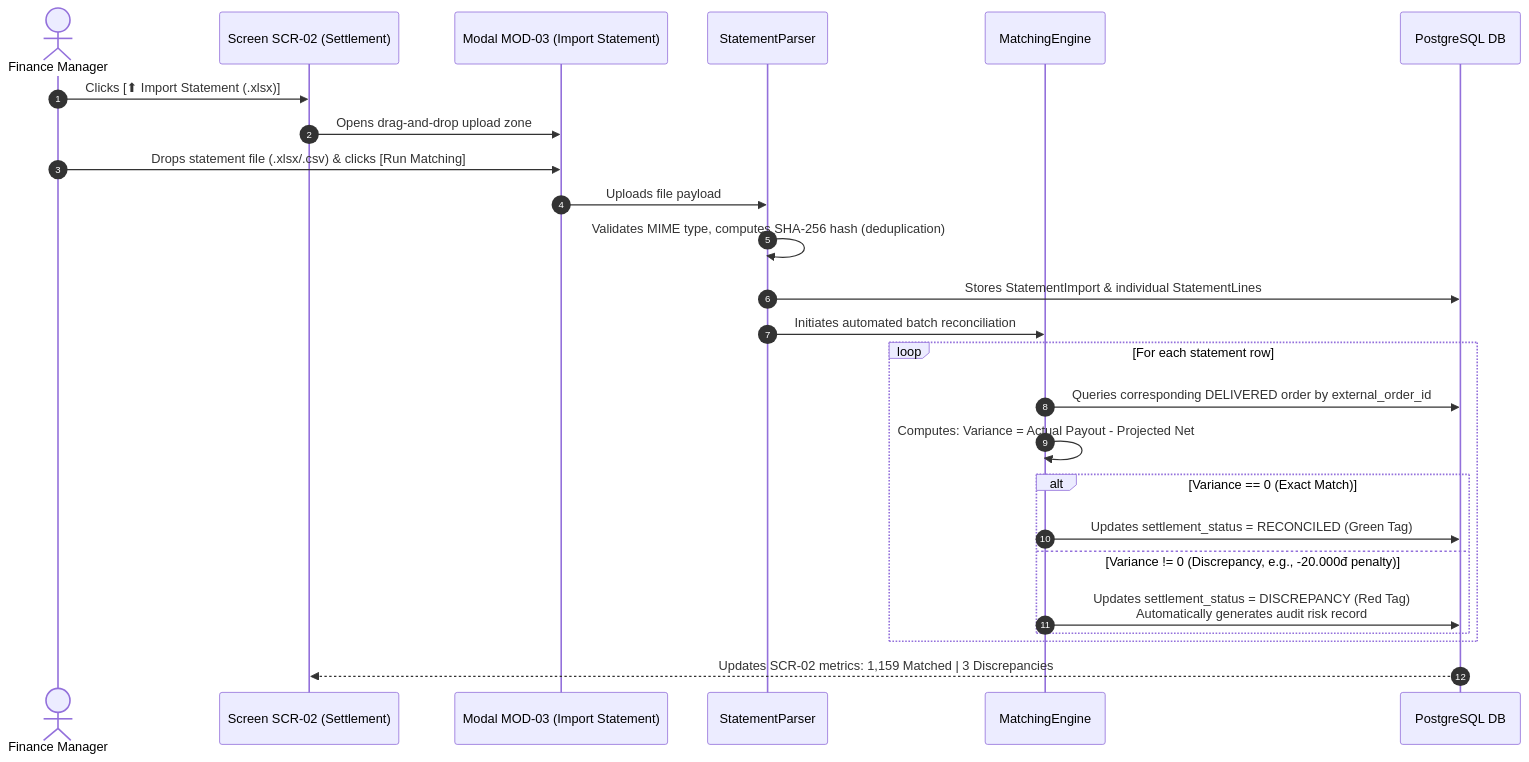
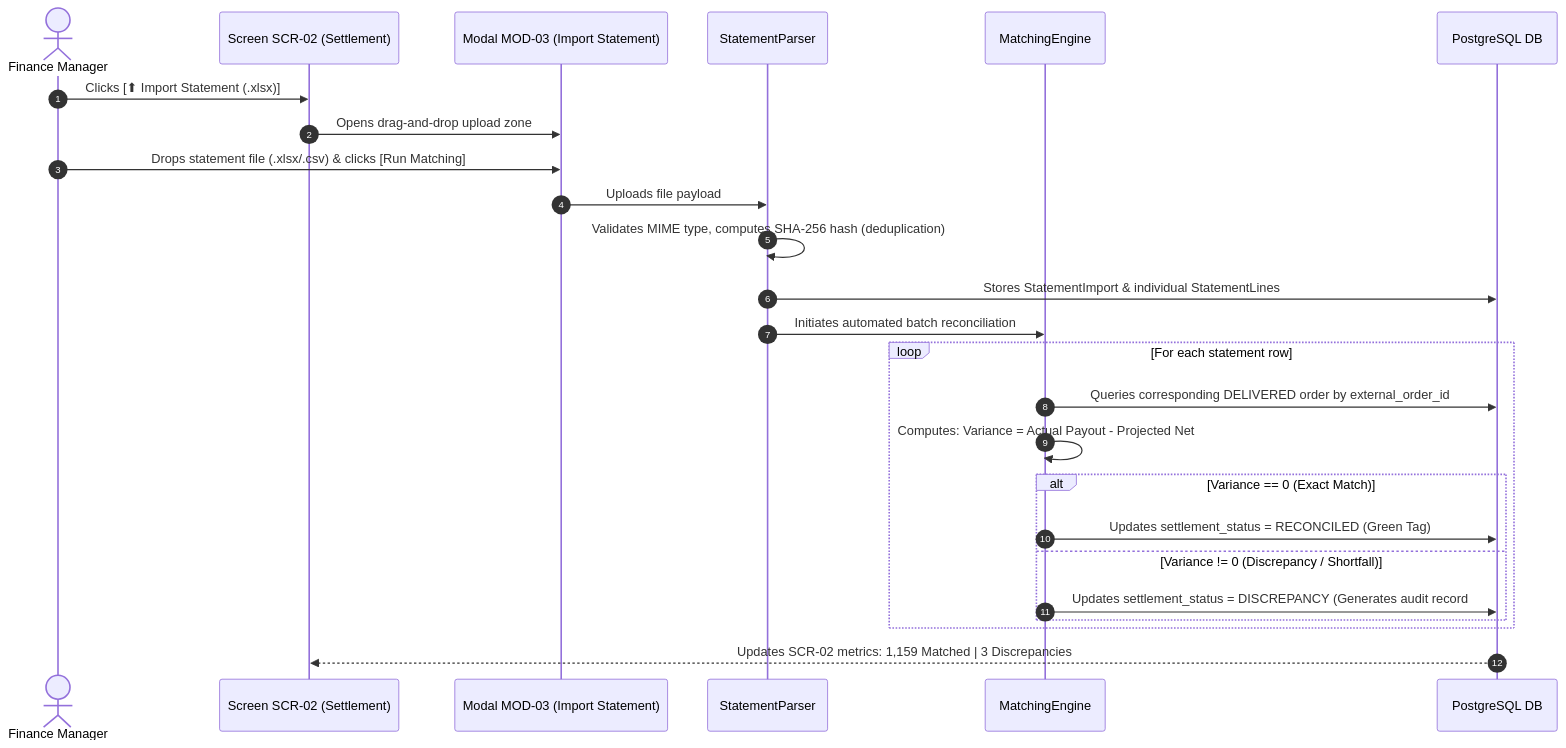
One commit to duchoa0405/Quanly_DoanhThu_LoiNhuan_DangDucHoa_VSF changed the fifth of 8 diagrams in docs/architecture/arc42_c4_en.md. Above: the diagram before and after it, drawn with Mermaid. The commit also changed other lines of this file, not shown here.

Commit message:
fix(architecture): fix Mermaid syntax errors in C4 Level 1 and Scenario 3 diagrams

````diff
--- a/docs/architecture/arc42_c4_en.md
+++ b/docs/architecture/arc42_c4_en.md
@@ -298,30 +298,30 @@
 ```mermaid
 sequenceDiagram
     autonumber
     actor Fin as Finance Manager
     participant UI as Screen SCR-02 (Settlement)
     participant Modal as Modal MOD-03 (Import Statement)
     participant Parser as StatementParser
     participant Matcher as MatchingEngine
     participant DB as PostgreSQL DB
 
     Fin->>UI: Clicks [⬆ Import Statement (.xlsx)]
     UI->>Modal: Opens drag-and-drop upload zone
     Fin->>Modal: Drops statement file (.xlsx/.csv) & clicks [Run Matching]
     
     Modal->>Parser: Uploads file payload
     Parser->>Parser: Validates MIME type, computes SHA-256 hash (deduplication)
     Parser->>DB: Stores StatementImport & individual StatementLines
     
     Parser->>Matcher: Initiates automated batch reconciliation
     loop For each statement row
         Matcher->>DB: Queries corresponding DELIVERED order by external_order_id
         Matcher->>Matcher: Computes: Variance = Actual Payout - Projected Net
         alt Variance == 0 (Exact Match)
             Matcher->>DB: Updates settlement_status = RECONCILED (Green Tag)
-        else Variance != 0 (Discrepancy, e.g., -20.000đ penalty)
-            Matcher->>DB: Updates settlement_status = DISCREPANCY (Red Tag)<br/>Automatically generates audit risk record #DIS
+        else Variance != 0 (Discrepancy / Shortfall)
+            Matcher->>DB: Updates settlement_status = DISCREPANCY (Generates audit record #DIS)
         end
     end
     DB-->>UI: Updates SCR-02 metrics: 1,159 Matched | 3 Discrepancies
 ```
````
